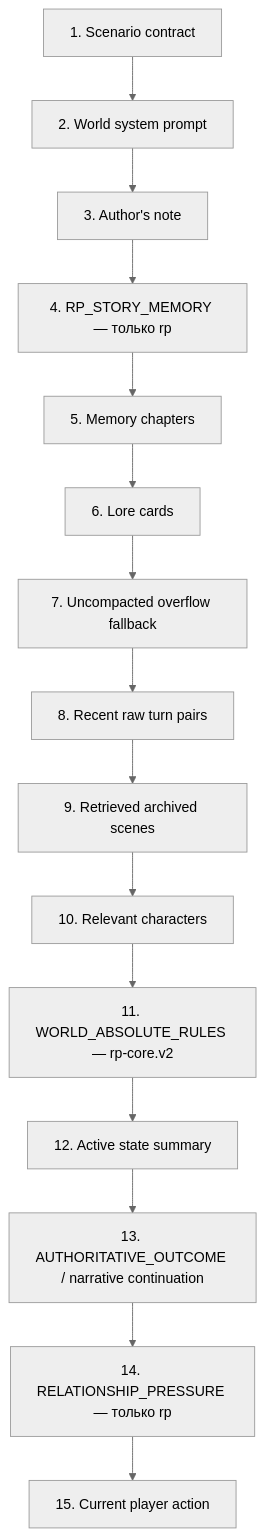
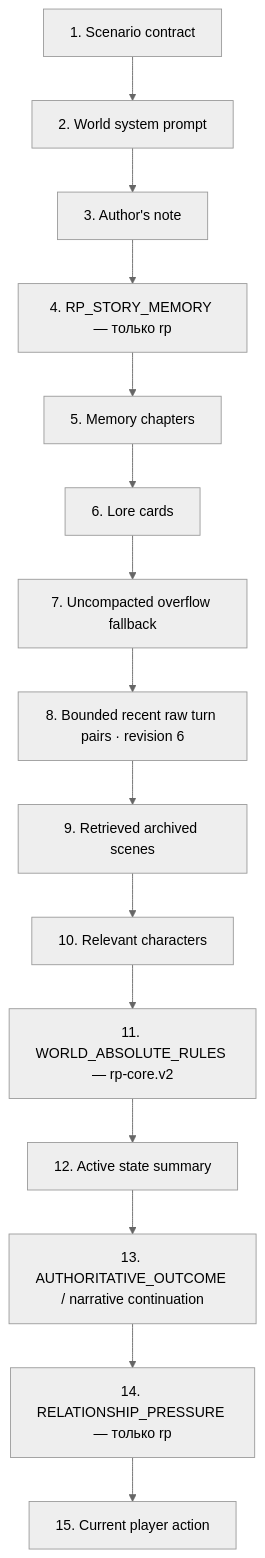
Before and after one commit to abykovwww-byte/ubuntu_ansible_palybooks: the diagram in docs/wiki/05-memory-and-retrieval.md, drawn with Mermaid (neutral theme). The commit also changed other lines of this file and 3 other files, not shown here.

````diff
--- a/docs/wiki/05-memory-and-retrieval.md
+++ b/docs/wiki/05-memory-and-retrieval.md
@@ -115,17 +121,17 @@
 ```mermaid
 flowchart TB
     A["1. Scenario contract"] --> B["2. World system prompt"]
     B --> C["3. Author's note"]
     C --> D["4. RP_STORY_MEMORY — только rp"]
     D --> E["5. Memory chapters"]
     E --> F["6. Lore cards"]
     F --> G["7. Uncompacted overflow fallback"]
-    G --> H["8. Recent raw turn pairs"]
+    G --> H["8. Bounded recent raw turn pairs · revision 6"]
     H --> I["9. Retrieved archived scenes"]
     I --> J["10. Relevant characters"]
     J --> W["11. WORLD_ABSOLUTE_RULES — rp-core.v2"]
     W --> K["12. Active state summary"]
     K --> L["13. AUTHORITATIVE_OUTCOME / narrative continuation"]
     L --> R["14. RELATIONSHIP_PRESSURE — только rp"]
     R --> M["15. Current player action"]
 ```
````
